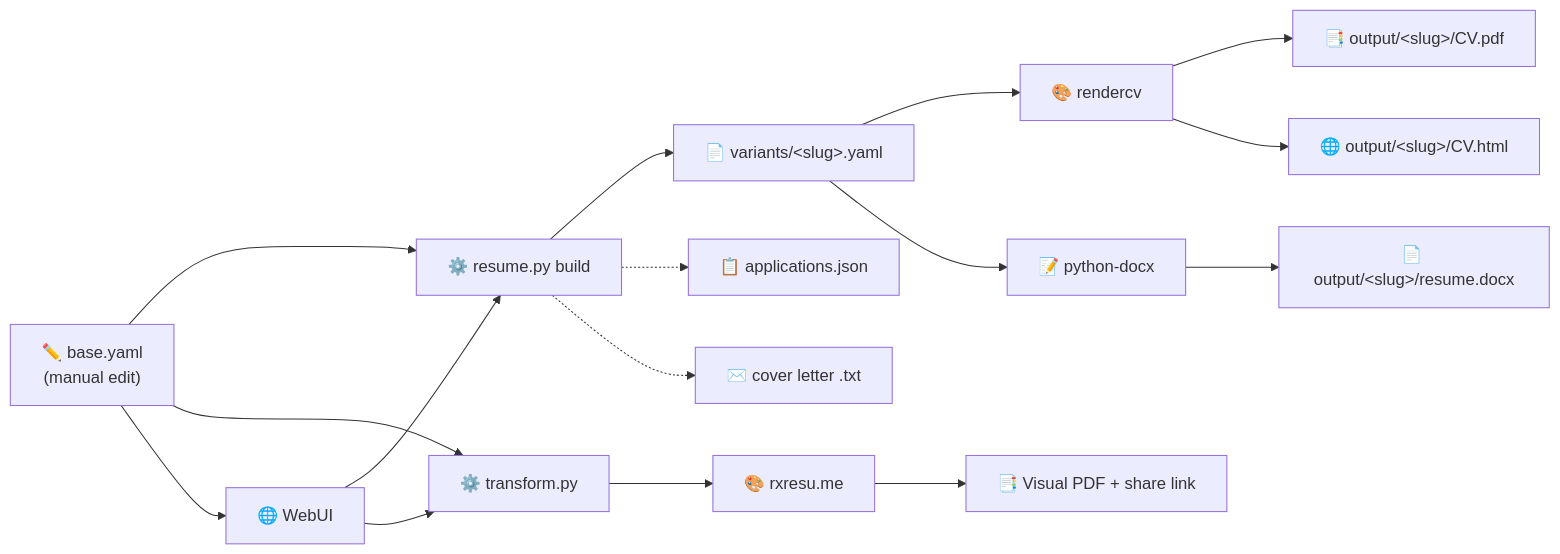
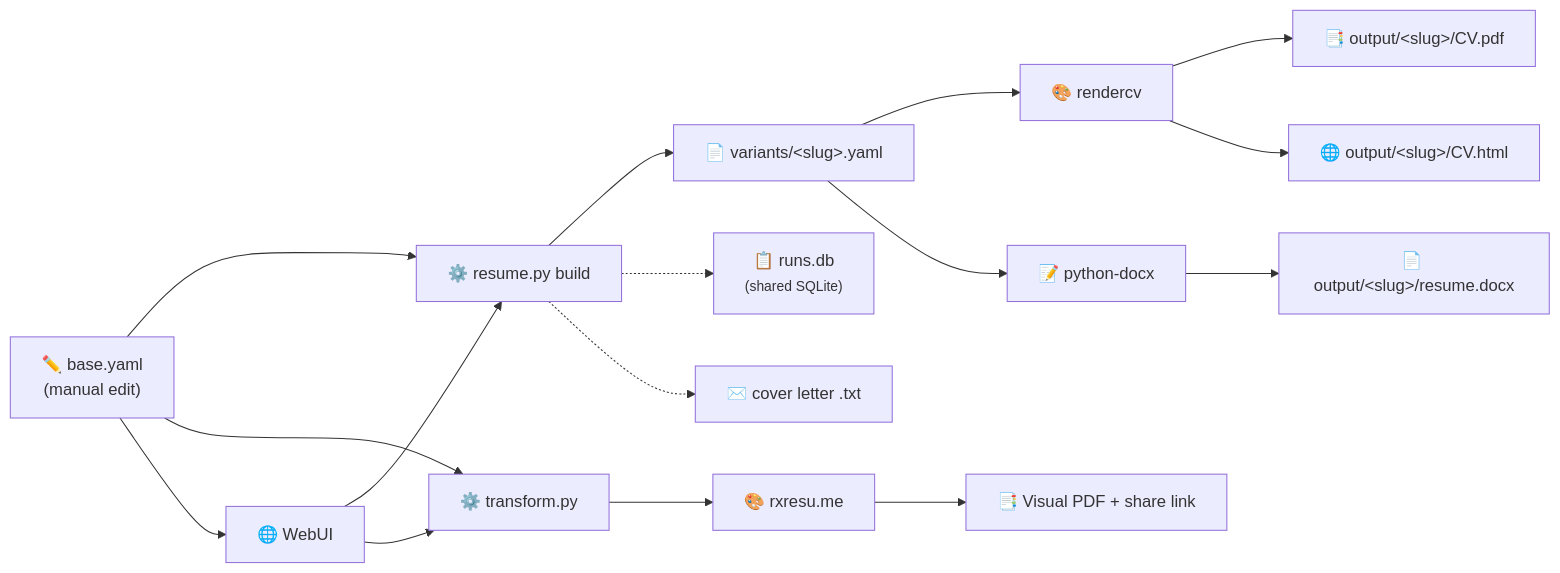
Before and after one commit to jxjwilliam/resume-generator: the first of 2 diagrams in README.md, drawn with Mermaid. The commit also changed other lines of this file and 17 other files, not shown here.

First line of the commit message:
history consolidation: shared SQLite DB for CLI + WebUI

````diff
--- a/README.md
+++ b/README.md
@@ -66,18 +66,18 @@
 ```mermaid
 flowchart LR
     A["✏️ base.yaml<br/>(manual edit)"] --> B["⚙️ resume.py build"]
     A --> T["⚙️ transform.py"]
     A --> U["🌐 WebUI"]
     U --> B
     U --> T
     B --> C["📄 variants/&lt;slug&gt;.yaml"]
     C --> D["🎨 rendercv"]
     C --> W["📝 python-docx"]
     D --> E["📑 output/&lt;slug&gt;/CV.pdf"]
     D --> F["🌐 output/&lt;slug&gt;/CV.html"]
     W --> X["📄 output/&lt;slug&gt;/resume.docx"]
     T --> R["🎨 rxresu.me"]
     R --> G["📑 Visual PDF + share link"]
-    B -.-> H["📋 applications.json"]
+    B -.-> H["📋 runs.db<br/><small>(shared SQLite)</small>"]
     B -.-> L["✉️ cover letter .txt"]
 ```
````
